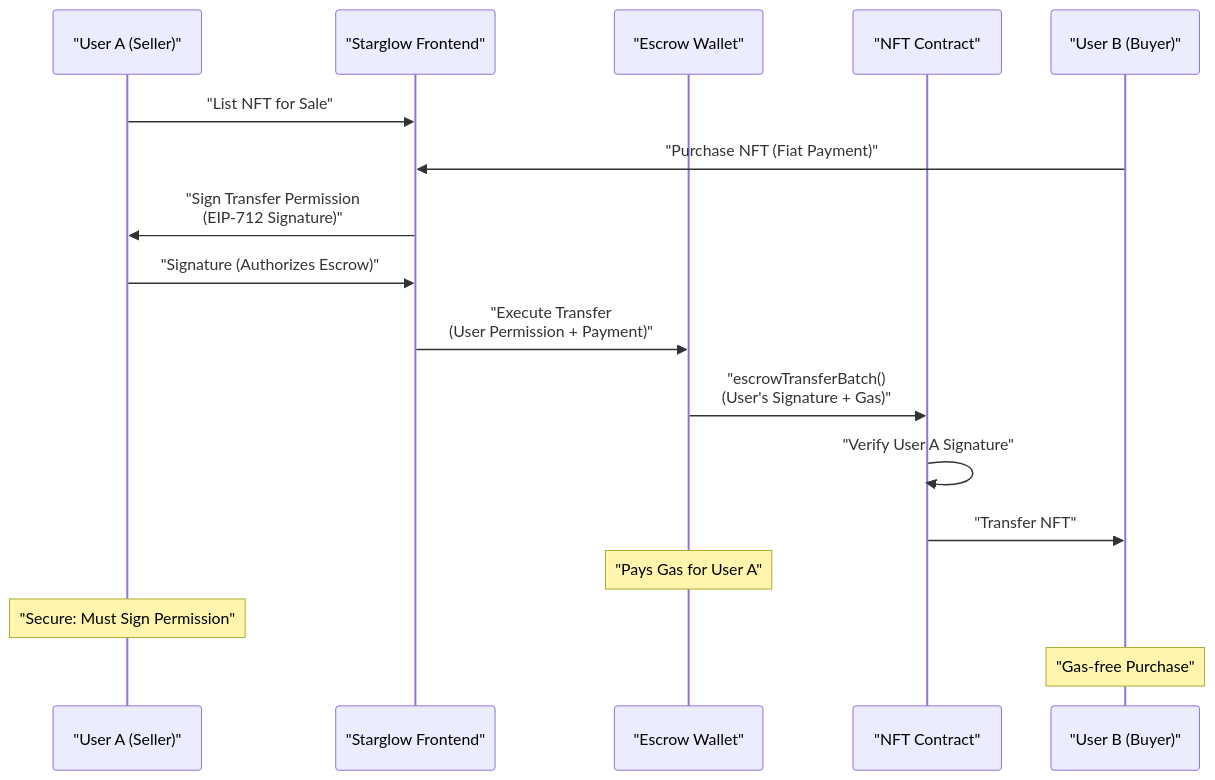
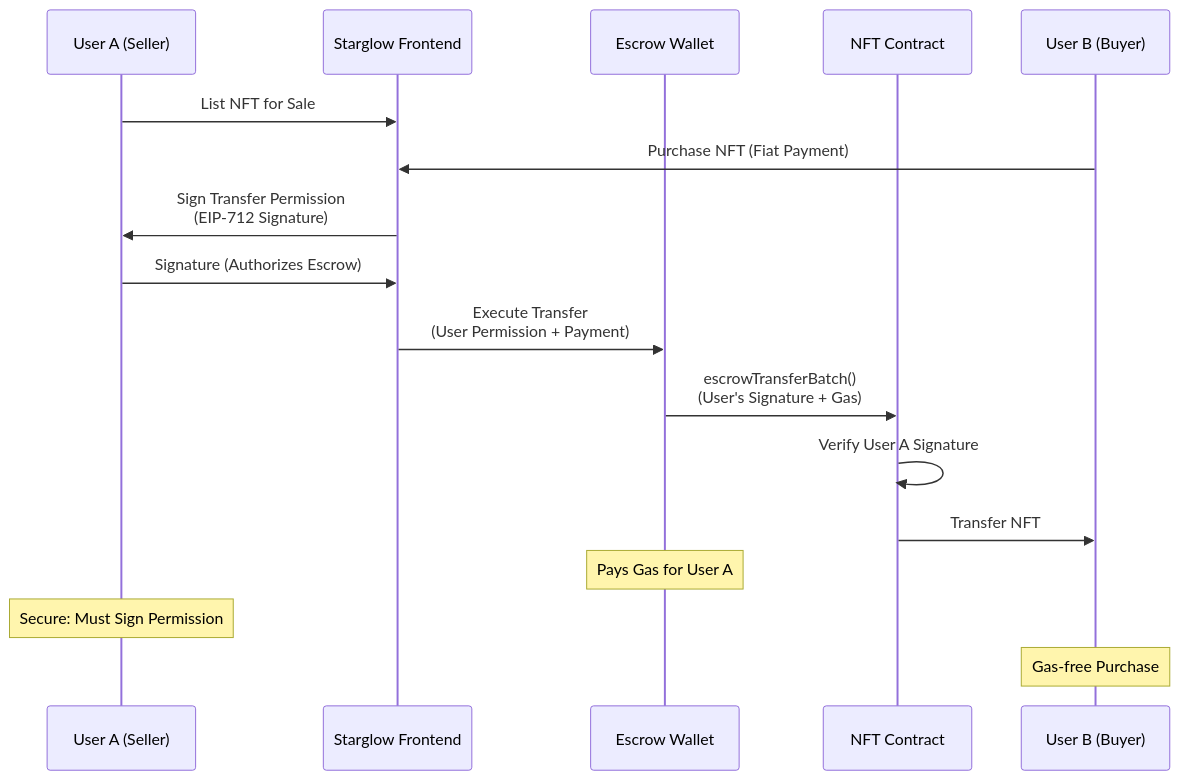
The second of 3 diagrams in Detailed Explanation on Technology Architecture.md (rs-ent/starglow), drawn with Mermaid before and after one commit. The commit also changed other lines of this file, not shown here.

Commit message:
Update Detailed Explanation on Technology Architecture.md

````diff
--- a/Detailed Explanation on Technology Architecture.md
+++ b/Detailed Explanation on Technology Architecture.md
@@ -146,23 +146,23 @@
 ```mermaid
 sequenceDiagram
-    participant UserA as "User A (Seller)"
-    participant Frontend as "Starglow Frontend"
-    participant EscrowWallet as "Escrow Wallet"
-    participant NFTContract as "NFT Contract"
-    participant UserB as "User B (Buyer)"
+    participant UserA as User A (Seller)
+    participant Frontend as Starglow Frontend
+    participant EscrowWallet as Escrow Wallet
+    participant NFTContract as NFT Contract
+    participant UserB as User B (Buyer)
 
-    UserA->>Frontend: "List NFT for Sale"
-    UserB->>Frontend: "Purchase NFT (Fiat Payment)"
-    Frontend->>UserA: "Sign Transfer Permission<br/>(EIP-712 Signature)"
+    UserA->>Frontend: List NFT for Sale
+    UserB->>Frontend: Purchase NFT (Fiat Payment)
+    Frontend->>UserA: Sign Transfer Permission<br/>(EIP-712 Signature)
 
-    UserA->>Frontend: "Signature (Authorizes Escrow)"
-    Frontend->>EscrowWallet: "Execute Transfer<br/>(User Permission + Payment)"
+    UserA->>Frontend: Signature (Authorizes Escrow)
+    Frontend->>EscrowWallet: Execute Transfer<br/>(User Permission + Payment)
 
-    EscrowWallet->>NFTContract: "escrowTransferBatch()<br/>(User's Signature + Gas)"
-    NFTContract->>NFTContract: "Verify User A Signature"
-    NFTContract->>UserB: "Transfer NFT"
+    EscrowWallet->>NFTContract: escrowTransferBatch()<br/>(User's Signature + Gas)
+    NFTContract->>NFTContract: Verify User A Signature
+    NFTContract->>UserB: Transfer NFT
 
-    Note over EscrowWallet: "Pays Gas for User A"
-    Note over UserA: "Secure: Must Sign Permission"
-    Note over UserB: "Gas-free Purchase"
+    Note over EscrowWallet: Pays Gas for User A
+    Note over UserA: Secure: Must Sign Permission
+    Note over UserB: Gas-free Purchase
 ```
````
